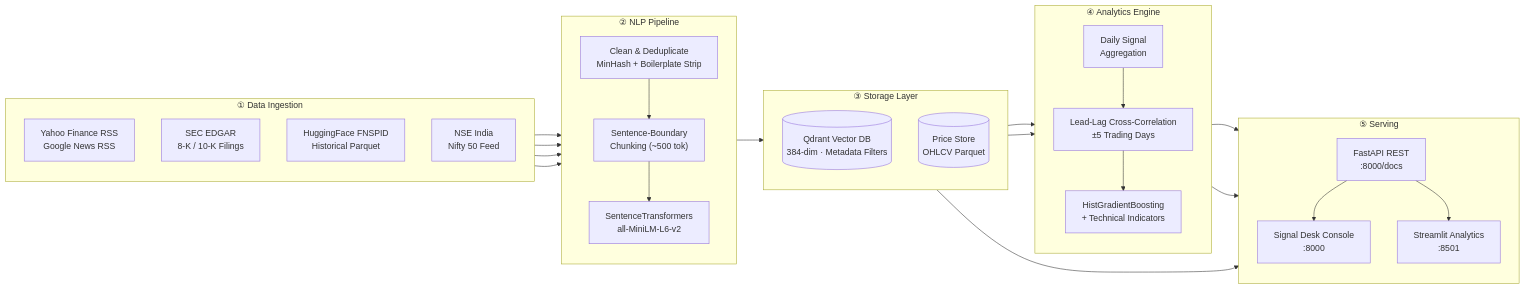
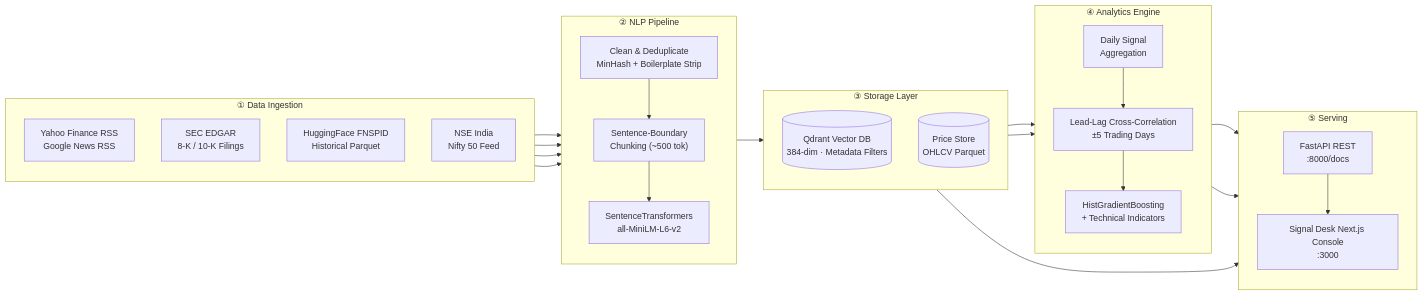
The diagram in README.md (Har-dik25/Algorithmic-Market-Sentiment-News-Vector-Correlation-Platform), drawn with Mermaid before and after one commit. The commit also changed other lines of this file and 100 other files, not shown here.

Commit message:
Integrate Next.js Signal Desk frontend into web/, remove Streamlit dashboard and legacy web files, and remove signal-desk-frontend.zip

````diff
--- a/README.md
+++ b/README.md
@@ -53,51 +53,49 @@
 ```mermaid
 flowchart LR
   subgraph INGEST ["① Data Ingestion"]
     direction TB
     RSS["Yahoo Finance RSS<br/>Google News RSS"]
     EDGAR["SEC EDGAR<br/>8-K / 10-K Filings"]
     HF["HuggingFace FNSPID<br/>Historical Parquet"]
     NSE["NSE India<br/>Nifty 50 Feed"]
   end
 
   subgraph PROCESS ["② NLP Pipeline"]
     direction TB
     CLN["Clean & Deduplicate<br/>MinHash + Boilerplate Strip"]
     CHK["Sentence-Boundary<br/>Chunking (~500 tok)"]
     EMB["SentenceTransformers<br/>all-MiniLM-L6-v2"]
   end
 
   subgraph STORE ["③ Storage Layer"]
     direction TB
     QDR[("Qdrant Vector DB<br/>384-dim · Metadata Filters")]
     PRC[("Price Store<br/>OHLCV Parquet")]
   end
 
   subgraph ANALYTICS ["④ Analytics Engine"]
     direction TB
     SIG["Daily Signal<br/>Aggregation"]
     CORR["Lead-Lag Cross-Correlation<br/>±5 Trading Days"]
     ML["HistGradientBoosting<br/>+ Technical Indicators"]
   end
 
   subgraph SERVE ["⑤ Serving"]
     direction TB
     API["FastAPI REST<br/>:8000/docs"]
-    WEB["Signal Desk Console<br/>:8000"]
-    DASH["Streamlit Analytics<br/>:8501"]
+    WEB["Signal Desk Next.js Console<br/>:3000"]
   end
 
   RSS --> CLN
   EDGAR --> CLN
   HF --> CLN
   NSE --> CLN
   CLN --> CHK --> EMB --> QDR
   QDR --> SIG --> CORR
   PRC --> CORR
   CORR --> ML
   CORR --> API
   ML --> API
   QDR --> API
   API --> WEB
-  API --> DASH
 ```
````
